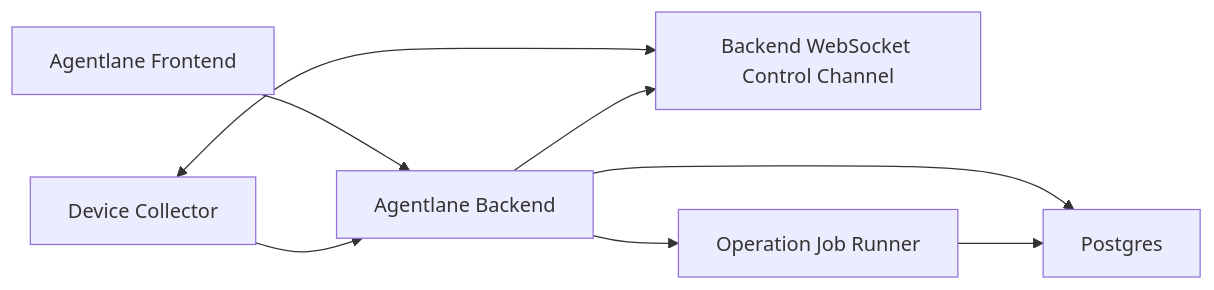
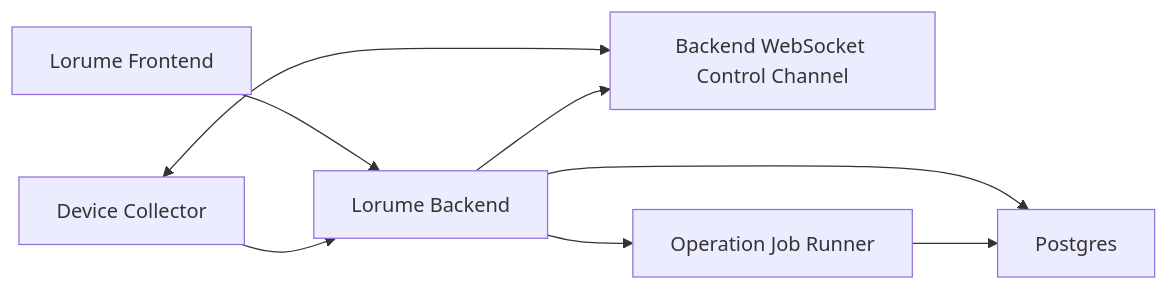
The diagram in docs/product/backend-service-spec.md (gezilinll/agentlane), drawn with Mermaid before and after one commit. The commit also changed other lines of this file and 102 other files, not shown here.

Commit message:
refactor(brand): rename agentlane to lorume

````diff
--- a/docs/product/backend-service-spec.md
+++ b/docs/product/backend-service-spec.md
@@ -39,10 +39,10 @@
 ```mermaid
 flowchart LR
-  UI["Agentlane Frontend"] --> API["Agentlane Backend"]
+  UI["Lorume Frontend"] --> API["Lorume Backend"]
   Collector["Device Collector"] --> API
   Collector <--> Control["Backend WebSocket Control Channel"]
   API --> DB["Postgres"]
   API --> Control
   API --> Runner["Operation Job Runner"]
   Runner --> DB
 ```
````
